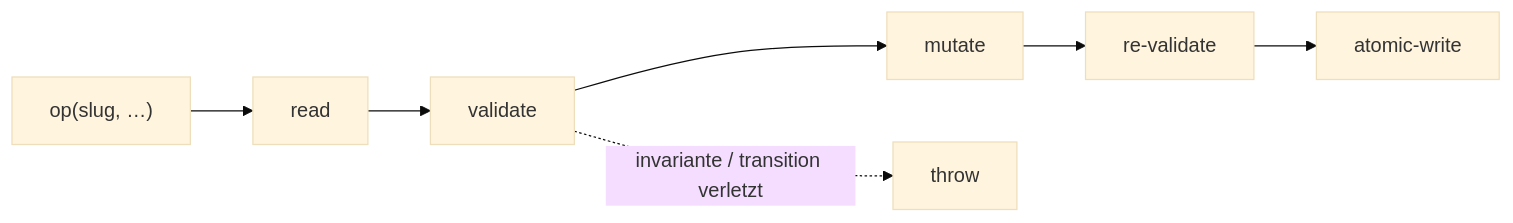
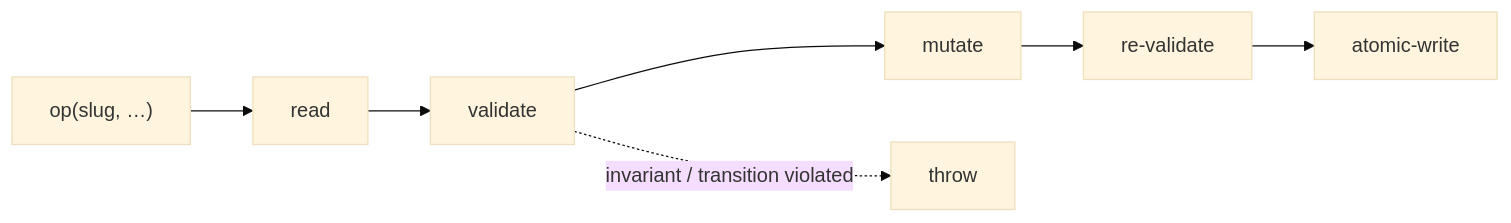
The diagram in docs/core/ops/_ops.md (chafoo/anchored), drawn with Mermaid (base theme) before and after one commit. The commit also changed other lines of this file and 131 other files, not shown here.

````diff
--- a/docs/core/ops/_ops.md
+++ b/docs/core/ops/_ops.md
@@ -10,6 +10,6 @@
 ```mermaid
 flowchart LR
     op["op(slug, …)"] --> rd["read"] --> v1["validate"]
     v1 --> mut["mutate"] --> v2["re-validate"] --> w["atomic-write"]
-    v1 -. "invariante / transition verletzt" .-> err["throw"]
+    v1 -. "invariant / transition violated" .-> err["throw"]
 ```
````
